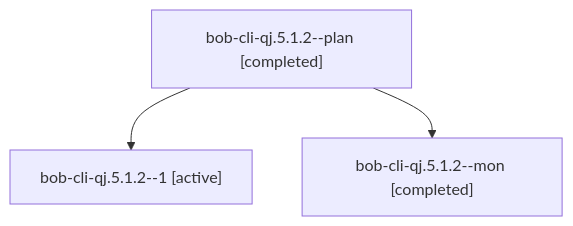
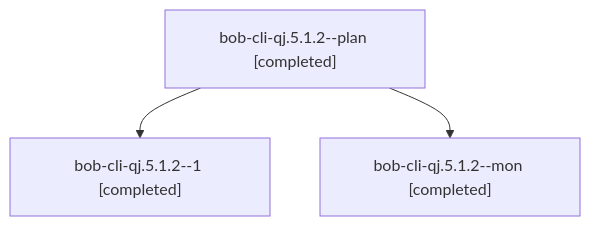
The diagram in sessions/bbugyi200.apollo.bob-cli-qj.5.1.2.md (bobs-org/bob-cli--agents), drawn with Mermaid before and after one commit. The commit also changed other lines of this file and 42 other files, not shown here.

````diff
--- a/sessions/bbugyi200.apollo.bob-cli-qj.5.1.2.md
+++ b/sessions/bbugyi200.apollo.bob-cli-qj.5.1.2.md
@@ -9,8 +9,8 @@
 ```mermaid
 flowchart TD
   n0["bob-cli-qj.5.1.2--plan [completed]"]
-  n1["bob-cli-qj.5.1.2--1 [active]"]
+  n1["bob-cli-qj.5.1.2--1 [completed]"]
   n0 --> n1
   n2["bob-cli-qj.5.1.2--mon [completed]"]
   n0 --> n2
 ```
````
